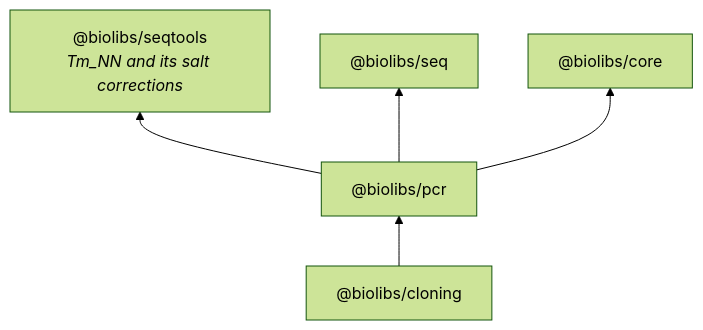
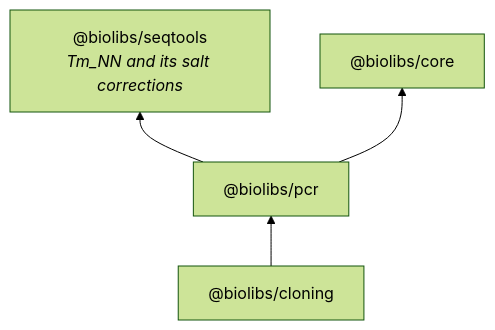
Before and after one commit to matthewlovestocode/biolibs: the diagram in packages/pcr/README.md, drawn with Mermaid (forest theme). The commit also changed 31 other files, not shown here.

````diff
--- a/packages/pcr/README.md
+++ b/packages/pcr/README.md
@@ -59,7 +59,6 @@
 ```mermaid
 graph BT
   pcr["@biolibs/pcr"] --> seqtools["@biolibs/seqtools<br/><i>Tm_NN and its salt corrections</i>"]
-  pcr --> seq["@biolibs/seq"]
   pcr --> core["@biolibs/core"]
   cloning["@biolibs/cloning"] --> pcr
 ```
````
